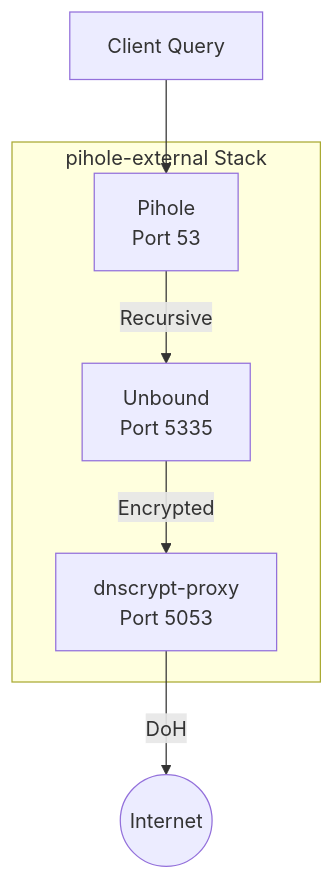
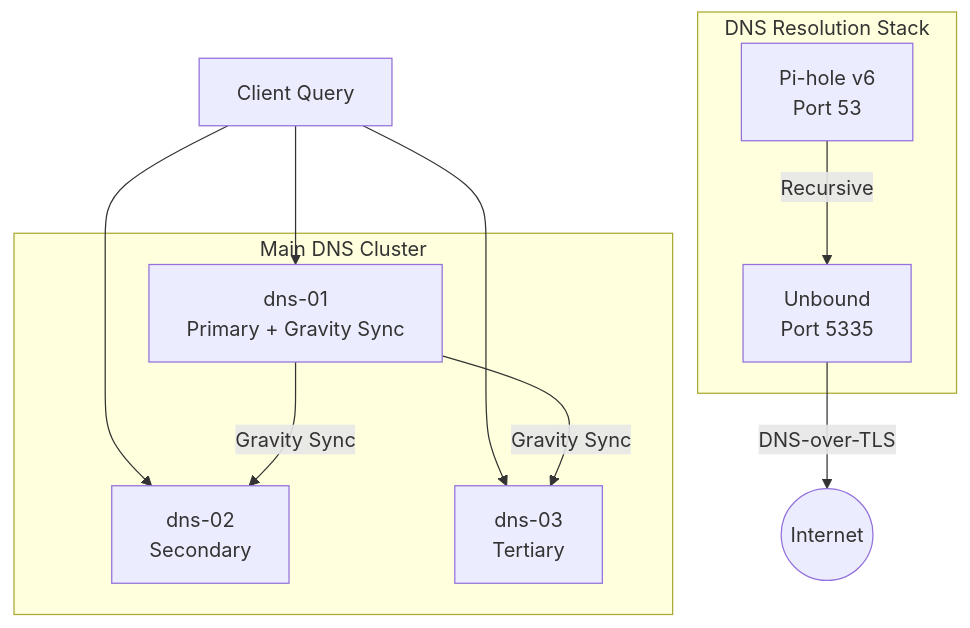
Before and after one commit to jknyght9/proxmox-lab: the fifth of 9 diagrams in docs/architecture/service-relationships.md, drawn with Mermaid. The commit also changed other lines of this file and 21 other files, not shown here.

````diff
--- a/docs/architecture/service-relationships.md
+++ b/docs/architecture/service-relationships.md
@@ -166,13 +179,21 @@
 ```mermaid
 graph TD
-    subgraph pihole_ext["pihole-external Stack"]
-        PH[Pihole<br/>Port 53]
-        UB[Unbound<br/>Port 5335]
-        DC[dnscrypt-proxy<br/>Port 5053]
+    subgraph dns_cluster["Main DNS Cluster"]
+        DNS01[dns-01<br/>Primary + Gravity Sync]
+        DNS02[dns-02<br/>Secondary]
+        DNS03[dns-03<br/>Tertiary]
     end
 
-    CLIENT[Client Query] --> PH
+    subgraph stack["DNS Resolution Stack"]
+        PH[Pi-hole v6<br/>Port 53]
+        UB[Unbound<br/>Port 5335]
+    end
+
+    CLIENT[Client Query] --> DNS01
+    CLIENT --> DNS02
+    CLIENT --> DNS03
+    DNS01 -->|Gravity Sync| DNS02
+    DNS01 -->|Gravity Sync| DNS03
     PH -->|Recursive| UB
-    UB -->|Encrypted| DC
-    DC -->|DoH| INTERNET((Internet))
+    UB -->|DNS-over-TLS| INTERNET((Internet))
 ```
````
